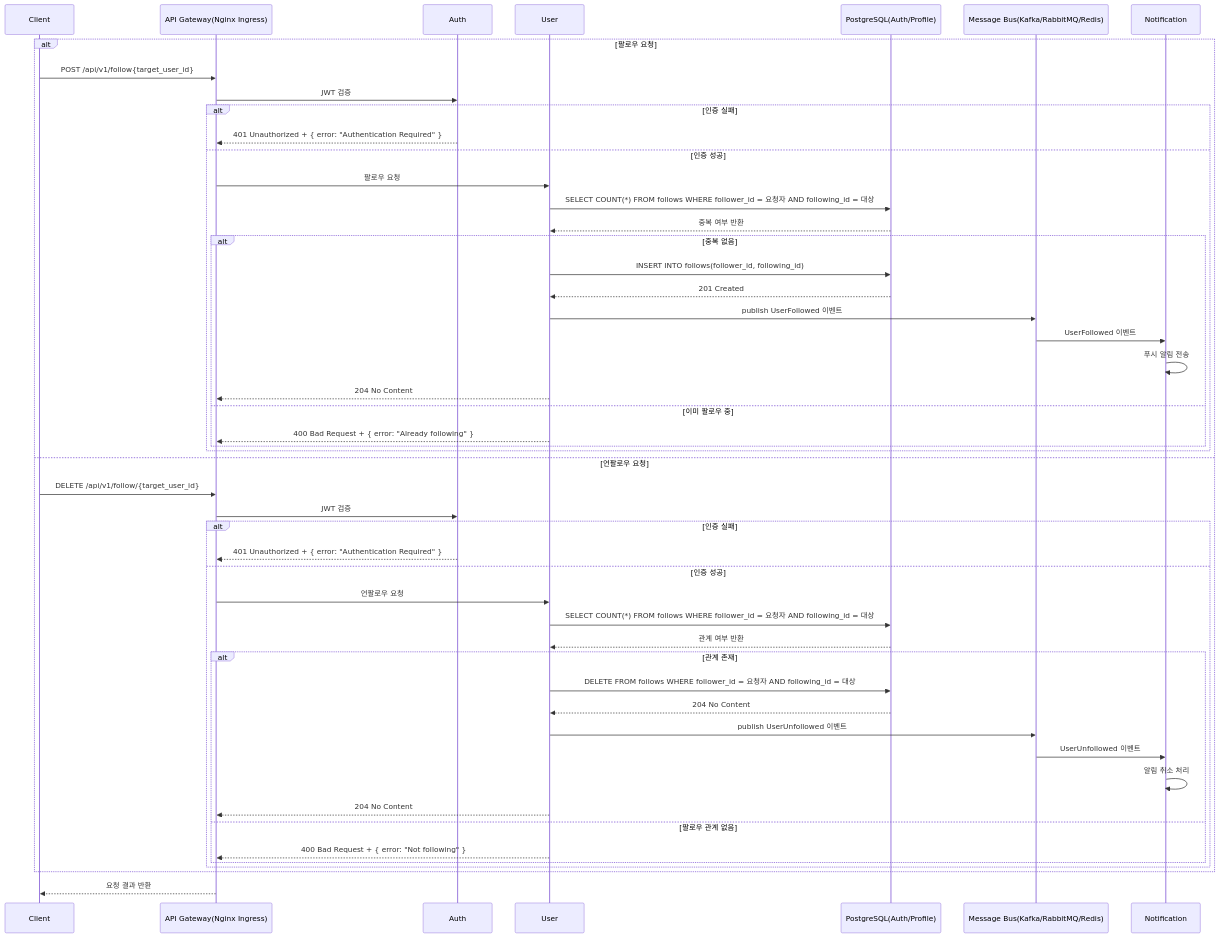
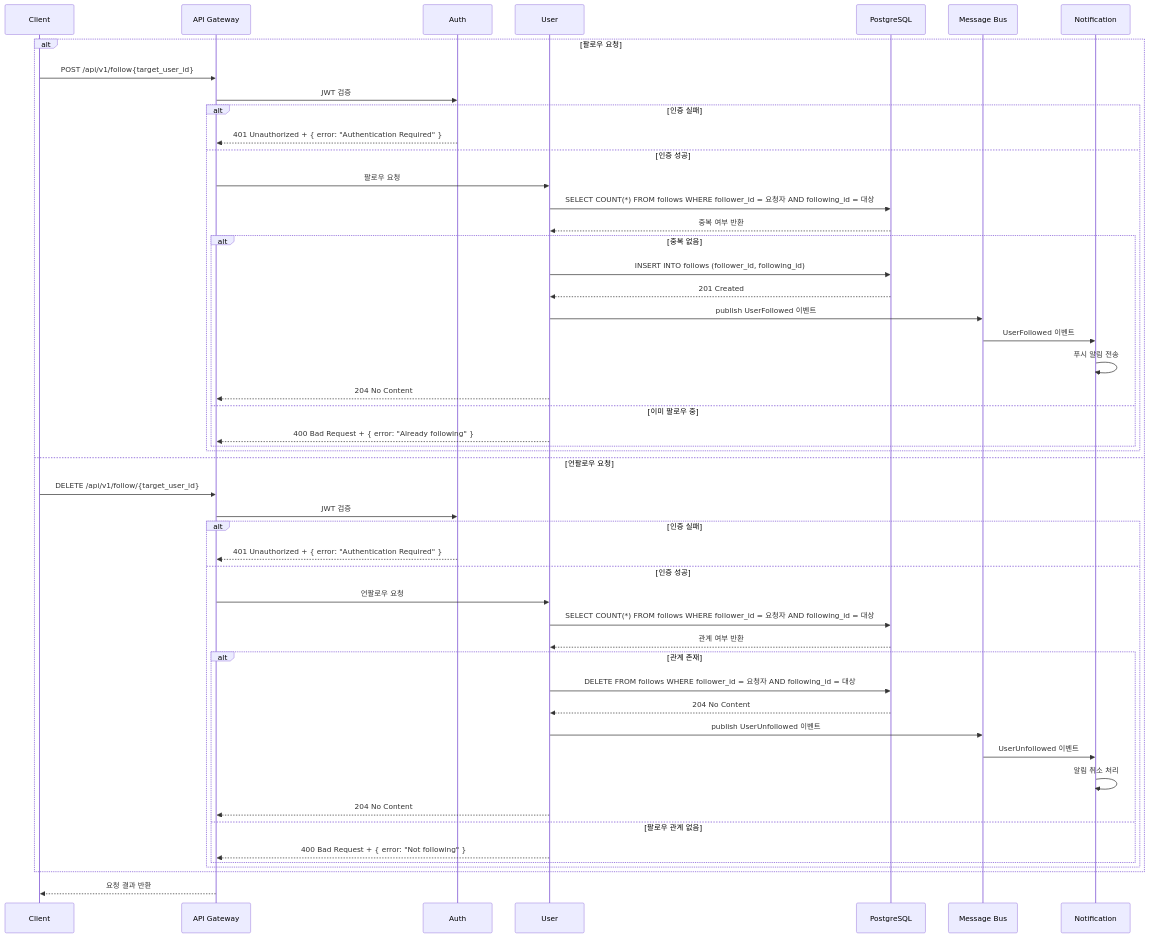
One commit to myeonghan-nim/veilgram changed the eighth of 47 diagrams in documents/sequence_diagram.md. Above: the diagram before and after it, drawn with Mermaid. The commit also changed other lines of this file and 1 other file, not shown here.

````diff
--- a/documents/sequence_diagram.md
+++ b/documents/sequence_diagram.md
@@ -268,53 +266,53 @@
 ```mermaid
 sequenceDiagram
     participant Client as Client
-    participant APIGW as API Gateway(Nginx Ingress)
+    participant APIGW as API Gateway
     participant Auth as Auth
     participant User as User
-    participant DB as PostgreSQL(Auth/Profile)
-    participant Bus as Message Bus(Kafka/RabbitMQ/Redis)
+    participant DB as PostgreSQL
+    participant Bus as Message Bus
     participant Notification as Notification
 
     alt 팔로우 요청
         Client->>APIGW: POST /api/v1/follow{target_user_id}
         APIGW->>Auth: JWT 검증
         alt 인증 실패
             Auth-->>APIGW: 401 Unauthorized + { error: "Authentication Required" }
         else 인증 성공
             APIGW->>User: 팔로우 요청
             User->>DB: SELECT COUNT(*) FROM follows WHERE follower_id = 요청자 AND following_id = 대상
             DB-->>User: 중복 여부 반환
             alt 중복 없음
-                User->>DB: INSERT INTO follows(follower_id, following_id)
+                User->>DB: INSERT INTO follows (follower_id, following_id)
                 DB-->>User: 201 Created
                 User->>Bus: publish UserFollowed 이벤트
                 Bus->>Notification: UserFollowed 이벤트
                 Notification->>Notification: 푸시 알림 전송
                 User-->>APIGW: 204 No Content
             else 이미 팔로우 중
                 User-->>APIGW: 400 Bad Request + { error: "Already following" }
             end
         end
     else 언팔로우 요청
         Client->>APIGW: DELETE /api/v1/follow/{target_user_id}
         APIGW->>Auth: JWT 검증
         alt 인증 실패
             Auth-->>APIGW: 401 Unauthorized + { error: "Authentication Required" }
         else 인증 성공
             APIGW->>User: 언팔로우 요청
             User->>DB: SELECT COUNT(*) FROM follows WHERE follower_id = 요청자 AND following_id = 대상
             DB-->>User: 관계 여부 반환
             alt 관계 존재
                 User->>DB: DELETE FROM follows WHERE follower_id = 요청자 AND following_id = 대상
                 DB-->>User: 204 No Content
                 User->>Bus: publish UserUnfollowed 이벤트
                 Bus->>Notification: UserUnfollowed 이벤트
                 Notification->>Notification: 알림 취소 처리
                 User-->>APIGW: 204 No Content
             else 팔로우 관계 없음
                 User-->>APIGW: 400 Bad Request + { error: "Not following" }
             end
         end
     end
     APIGW-->>Client: 요청 결과 반환
 ```
````
